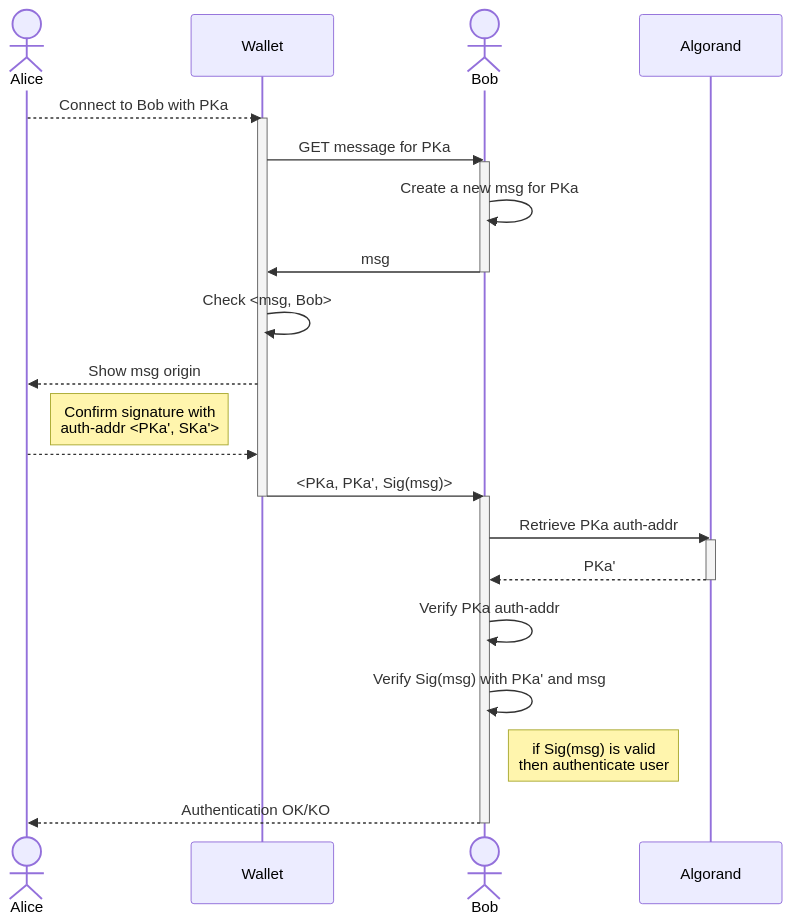
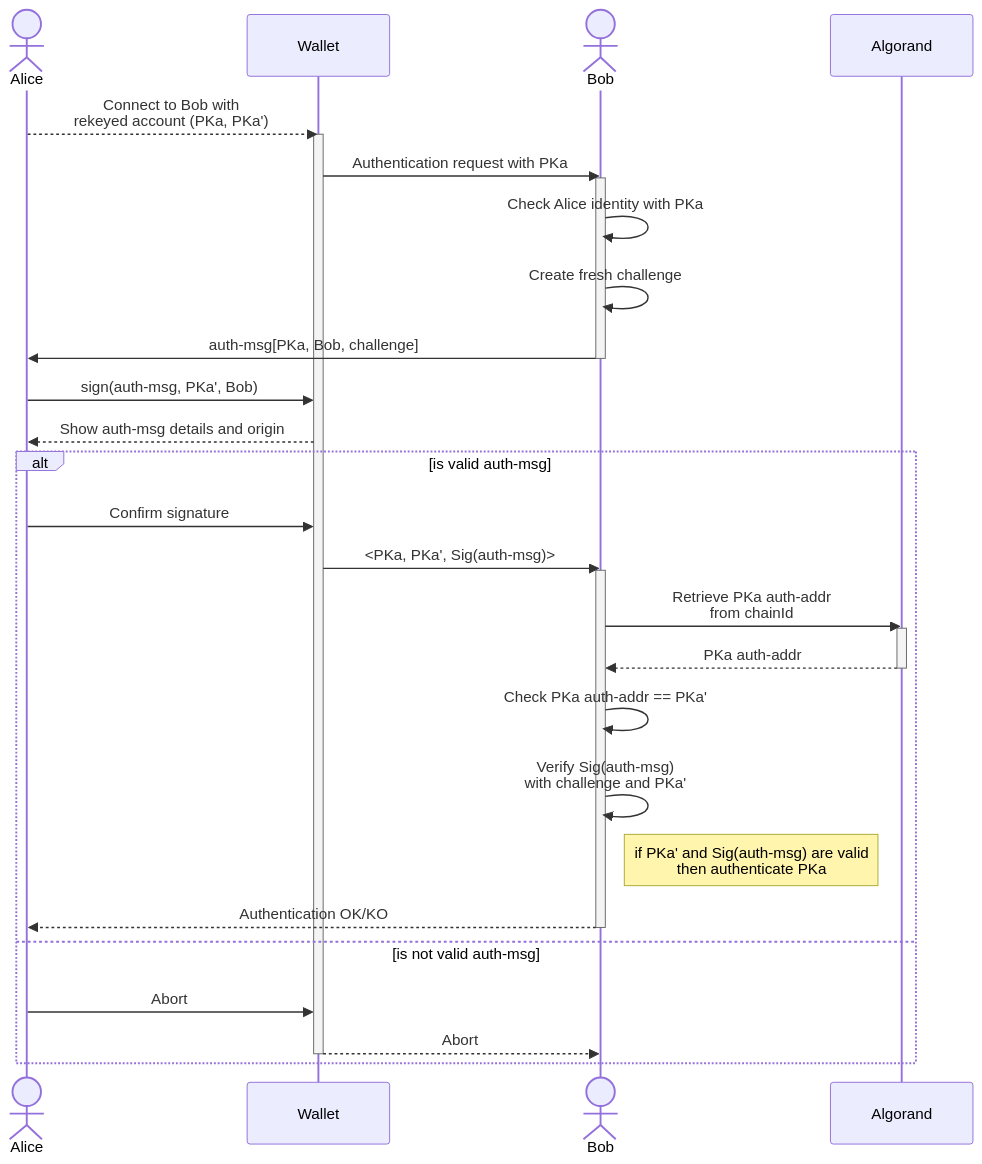
One commit to algorandfoundation/ARCs changed the second of 3 diagrams in ARCs/arc-0031.md. Above: the diagram before and after it, drawn with Mermaid. The commit also changed other lines of this file, not shown here.

Commit message:
rekey auth

````diff
--- a/ARCs/arc-0031.md
+++ b/ARCs/arc-0031.md
@@ -199,30 +199,36 @@
 ```mermaid
 sequenceDiagram
     actor A as Alice
     participant W as Wallet
     actor B as Bob
     participant Algorand
-    A-->>W: Connect to Bob with PKa
+    A-->>W: Connect to Bob with<br/>rekeyed account (PKa, PKa')
     activate W
-    W->>B: GET message for PKa
+    W->>B: Authentication request with PKa
     activate B
-    B->>B: Create a new msg for PKa
-    B->>W: msg
+    B->>B: Check Alice identity with PKa
+    B->>B: Create fresh challenge
+    B->>A: auth-msg[PKa, Bob, challenge]
     deactivate B
-    W->>W: Check <msg, Bob>
-    W-->>A: Show msg origin
-    Note right of A: Confirm signature with <br/>auth-addr <PKa', SKa'>
-    A-->>W: 
-    W->>B: <PKa, PKa', Sig(msg)>
-    deactivate W
-    activate B
-    B->>Algorand: Retrieve PKa auth-addr
-    activate Algorand
-    Algorand-->>B: PKa'
-    deactivate Algorand
-    B->>B: Verify PKa auth-addr
-    B->>B: Verify Sig(msg) with PKa' and msg
-    Note right of B: if Sig(msg) is valid<br/>then authenticate user
-    B-->>A: Authentication OK/KO
-    deactivate B
+    A->>W: sign(auth-msg, PKa', Bob)
+    W-->>A: Show auth-msg details and origin
+    alt is valid auth-msg
+        A->>W:Confirm signature
+        W->>B: <PKa, PKa', Sig(auth-msg)>
+        activate B
+        B->>Algorand: Retrieve PKa auth-addr<br/>from chainId
+        activate Algorand
+        Algorand-->>B: PKa auth-addr
+        deactivate Algorand
+        B->>B: Check PKa auth-addr == PKa'
+        B->>B: Verify Sig(auth-msg)<br/>with challenge and PKa'
+        Note right of B: if PKa' and Sig(auth-msg) are valid<br/>then authenticate PKa
+        B-->>A: Authentication OK/KO
+        deactivate B
+    else is not valid auth-msg
+        A->>W: Abort
+        W-->>B: Abort
+        deactivate W
+    end
+    
 ```
````
